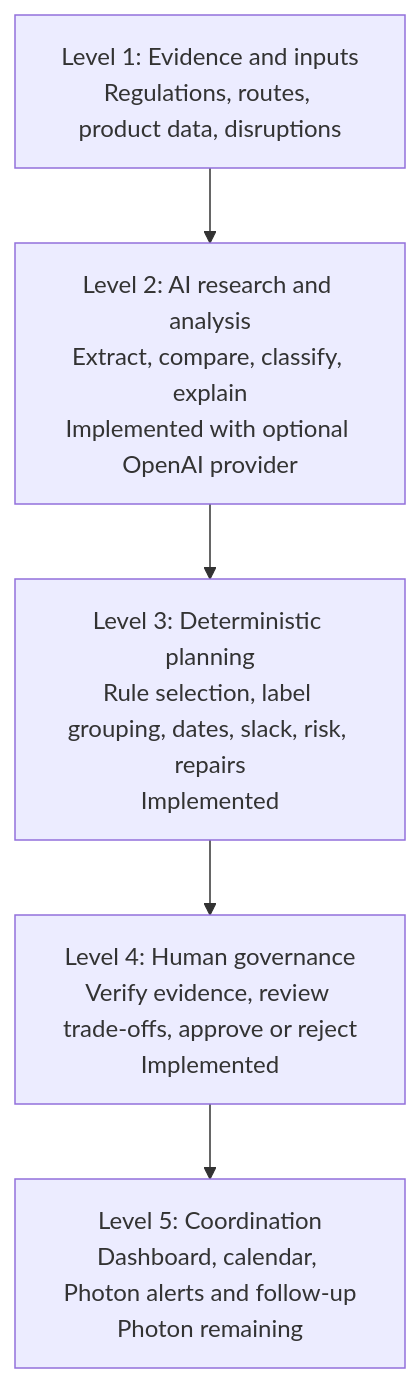
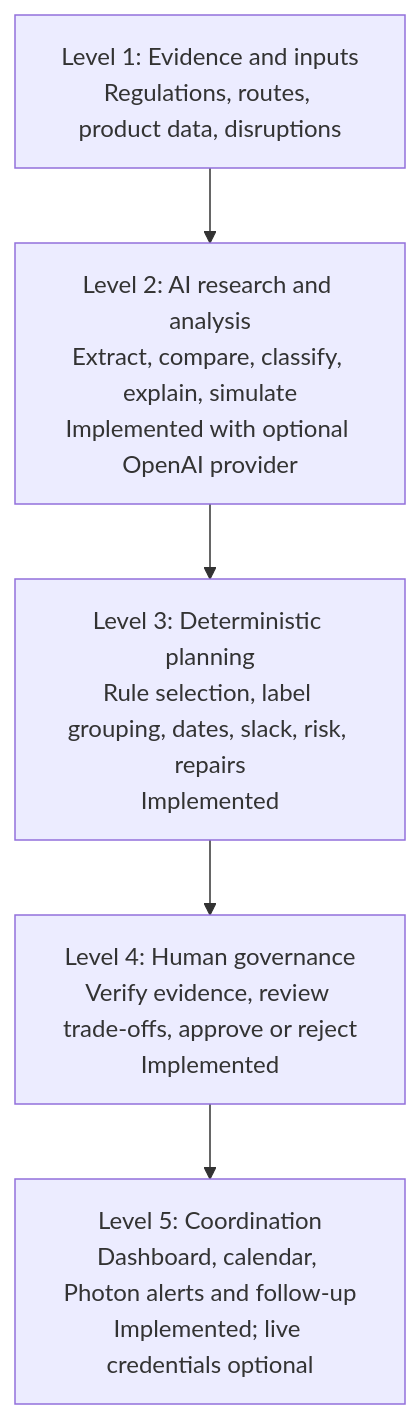
The first of 2 diagrams in README.md (oliverywu/ClearPath), drawn with Mermaid before and after one commit. The commit also changed other lines of this file and 10 other files, not shown here.

````diff
--- a/README.md
+++ b/README.md
@@ -9,10 +9,10 @@
 ```mermaid
 flowchart TB
     L1["Level 1: Evidence and inputs<br/>Regulations, routes, product data, disruptions"]
-    L2["Level 2: AI research and analysis<br/>Extract, compare, classify, explain<br/>Implemented with optional OpenAI provider"]
+    L2["Level 2: AI research and analysis<br/>Extract, compare, classify, explain, simulate<br/>Implemented with optional OpenAI provider"]
     L3["Level 3: Deterministic planning<br/>Rule selection, label grouping, dates, slack, risk, repairs<br/>Implemented"]
     L4["Level 4: Human governance<br/>Verify evidence, review trade-offs, approve or reject<br/>Implemented"]
-    L5["Level 5: Coordination<br/>Dashboard, calendar, Photon alerts and follow-up<br/>Photon remaining"]
+    L5["Level 5: Coordination<br/>Dashboard, calendar, Photon alerts and follow-up<br/>Implemented; live credentials optional"]
 
     L1 --> L2 --> L3 --> L4 --> L5
 ```
````
